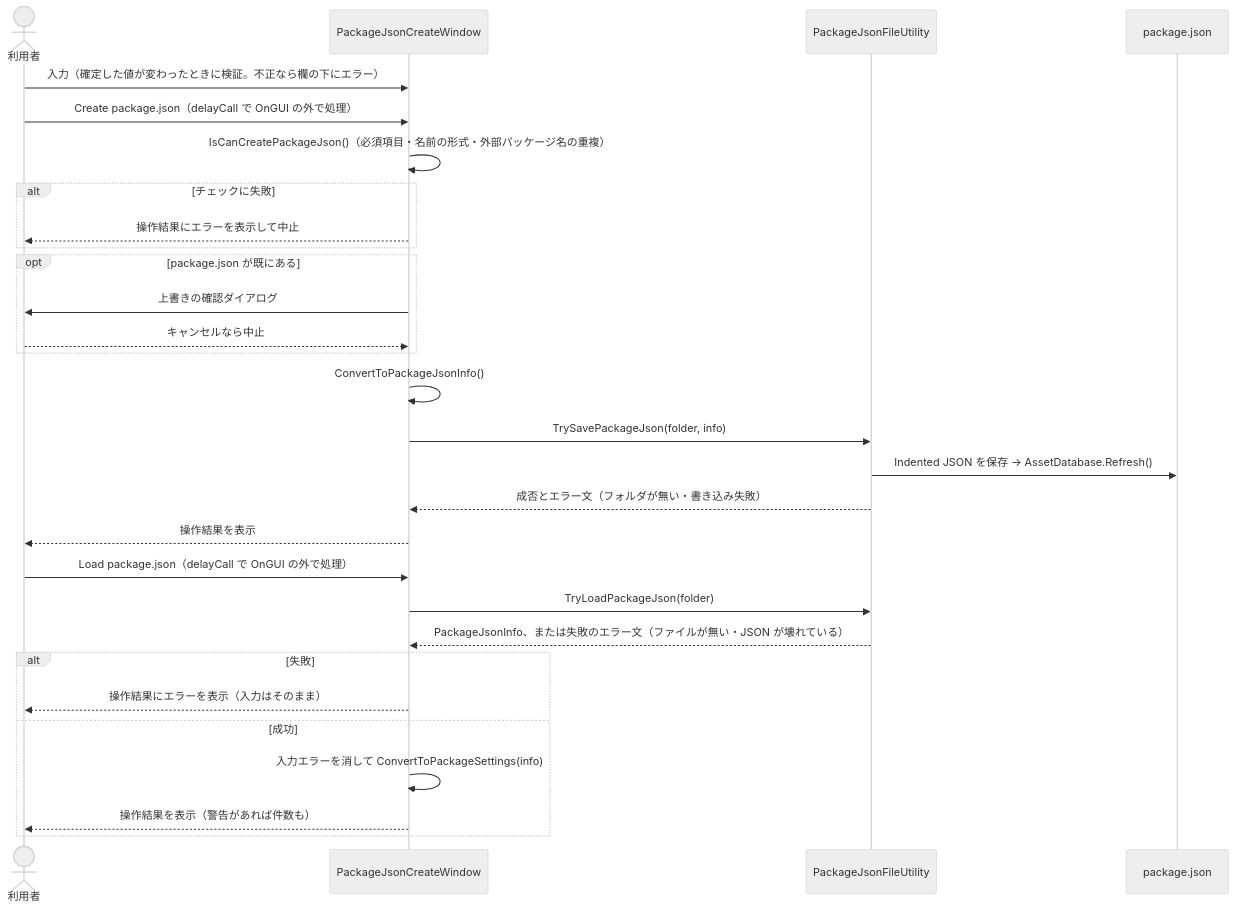
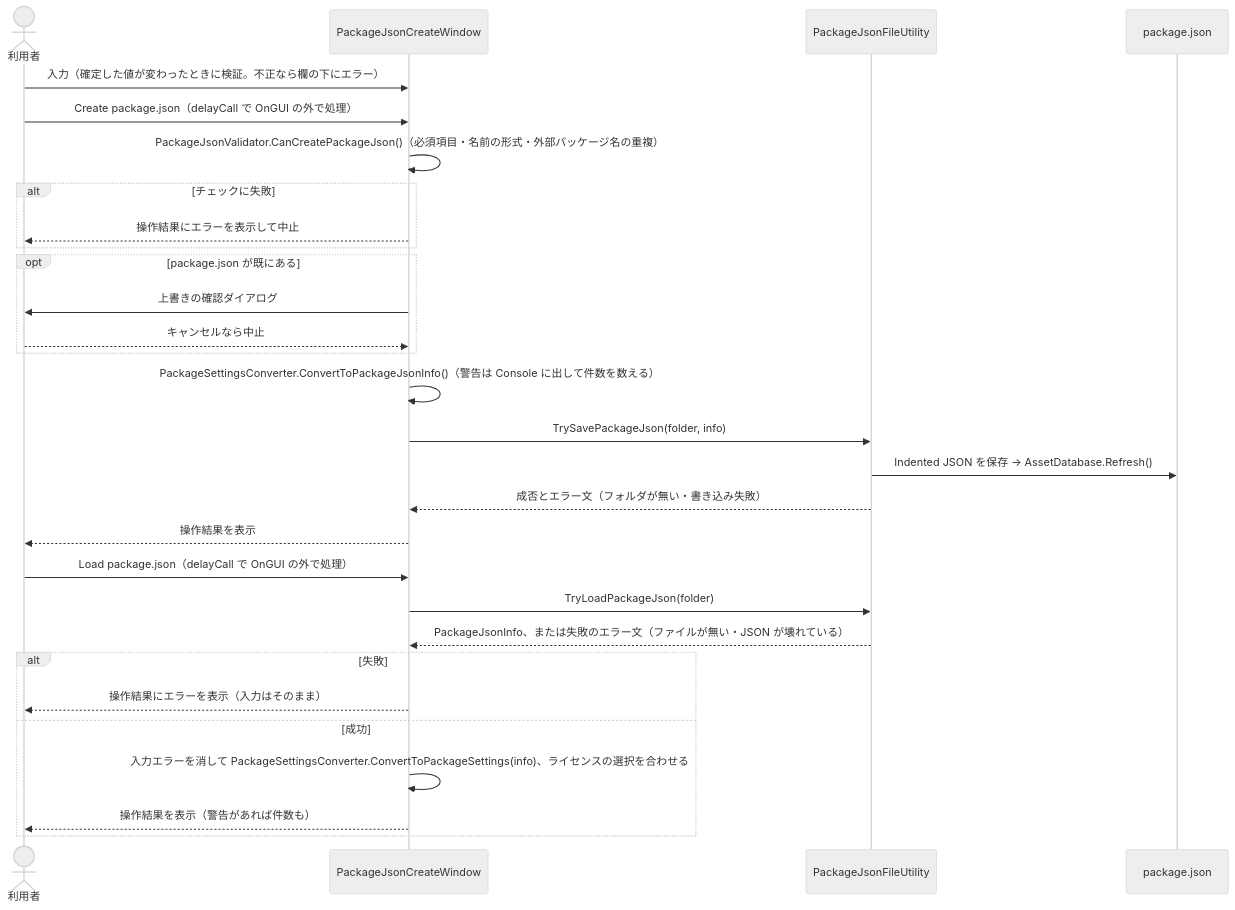
Before and after one commit to MAH-Lib/Unity-PackageJsonGenerator: the second of 2 diagrams in Docs/functional-design.md, drawn with Mermaid (neutral theme). The commit also changed other lines of this file and 56 other files, not shown here.

````diff
--- a/Docs/functional-design.md
+++ b/Docs/functional-design.md
@@ -78,31 +97,31 @@
 ```mermaid
 sequenceDiagram
     actor U as 利用者
     participant W as PackageJsonCreateWindow
     participant F as PackageJsonFileUtility
     participant D as package.json
     U->>W: 入力（確定した値が変わったときに検証。不正なら欄の下にエラー）
     U->>W: Create package.json（delayCall で OnGUI の外で処理）
-    W->>W: IsCanCreatePackageJson()（必須項目・名前の形式・外部パッケージ名の重複）
+    W->>W: PackageJsonValidator.CanCreatePackageJson()（必須項目・名前の形式・外部パッケージ名の重複）
     alt チェックに失敗
         W-->>U: 操作結果にエラーを表示して中止
     end
     opt package.json が既にある
         W->>U: 上書きの確認ダイアログ
         U-->>W: キャンセルなら中止
     end
-    W->>W: ConvertToPackageJsonInfo()
+    W->>W: PackageSettingsConverter.ConvertToPackageJsonInfo()（警告は Console に出して件数を数える）
     W->>F: TrySavePackageJson(folder, info)
     F->>D: Indented JSON を保存 → AssetDatabase.Refresh()
     F-->>W: 成否とエラー文（フォルダが無い・書き込み失敗）
     W-->>U: 操作結果を表示
     U->>W: Load package.json（delayCall で OnGUI の外で処理）
     W->>F: TryLoadPackageJson(folder)
     F-->>W: PackageJsonInfo、または失敗のエラー文（ファイルが無い・JSON が壊れている）
     alt 失敗
         W-->>U: 操作結果にエラーを表示（入力はそのまま）
     else 成功
-        W->>W: 入力エラーを消して ConvertToPackageSettings(info)
+        W->>W: 入力エラーを消して PackageSettingsConverter.ConvertToPackageSettings(info)、ライセンスの選択を合わせる
         W-->>U: 操作結果を表示（警告があれば件数も）
     end
 ```
````
